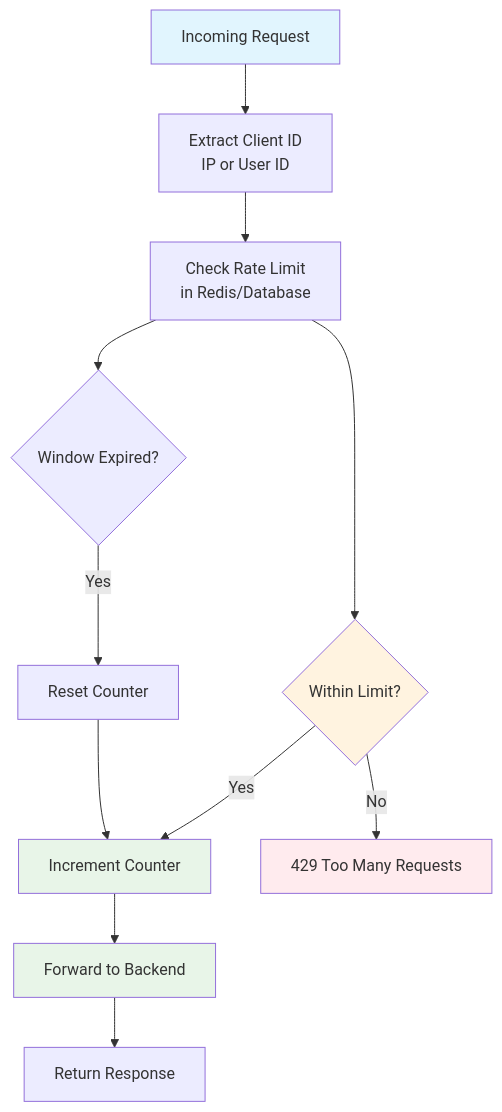
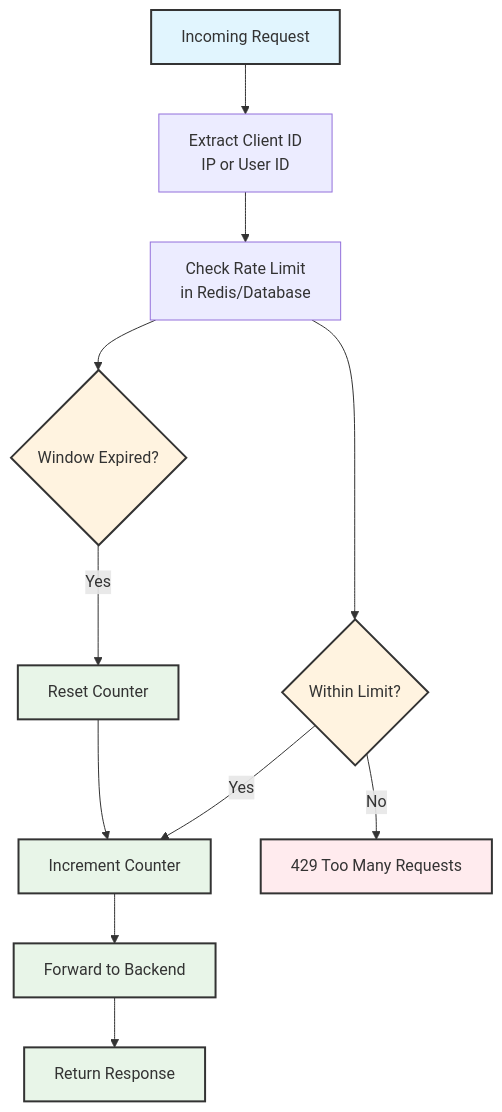
Before and after one commit to sudhan-m/munshi: the fourth of 16 diagrams in src/api-gateway/README.md, drawn with Mermaid. The commit also changed other lines of this file and 3 other files, not shown here.

First line of the commit message:
Update documentation with proper Mermaid diagrams and current architecture

````diff
--- a/src/api-gateway/README.md
+++ b/src/api-gateway/README.md
@@ -207,23 +205,27 @@
 ```mermaid
 flowchart TD
     REQUEST[Incoming Request] --> EXTRACT[Extract Client ID<br/>IP or User ID]
     EXTRACT --> CHECK[Check Rate Limit<br/>in Redis/Database]
     
     CHECK --> WITHIN{Within Limit?}
     
     WITHIN -->|Yes| INCREMENT[Increment Counter]
     INCREMENT --> FORWARD[Forward to Backend]
     FORWARD --> RESPONSE[Return Response]
     
     WITHIN -->|No| REJECT[429 Too Many Requests]
     
     CHECK --> EXPIRED{Window Expired?}
     EXPIRED -->|Yes| RESET[Reset Counter]
     RESET --> INCREMENT
     
-    style REQUEST fill:#e1f5fe
-    style WITHIN fill:#fff3e0
-    style INCREMENT fill:#e8f5e8
-    style REJECT fill:#ffebee
-    style FORWARD fill:#e8f5e8
+    classDef request fill:#e1f5fe,stroke:#333,stroke-width:2px
+    classDef decision fill:#fff3e0,stroke:#333,stroke-width:2px
+    classDef success fill:#e8f5e8,stroke:#333,stroke-width:2px
+    classDef error fill:#ffebee,stroke:#333,stroke-width:2px
+    
+    class REQUEST request
+    class WITHIN,EXPIRED decision
+    class INCREMENT,FORWARD,RESPONSE,RESET success
+    class REJECT error
 ```
````
